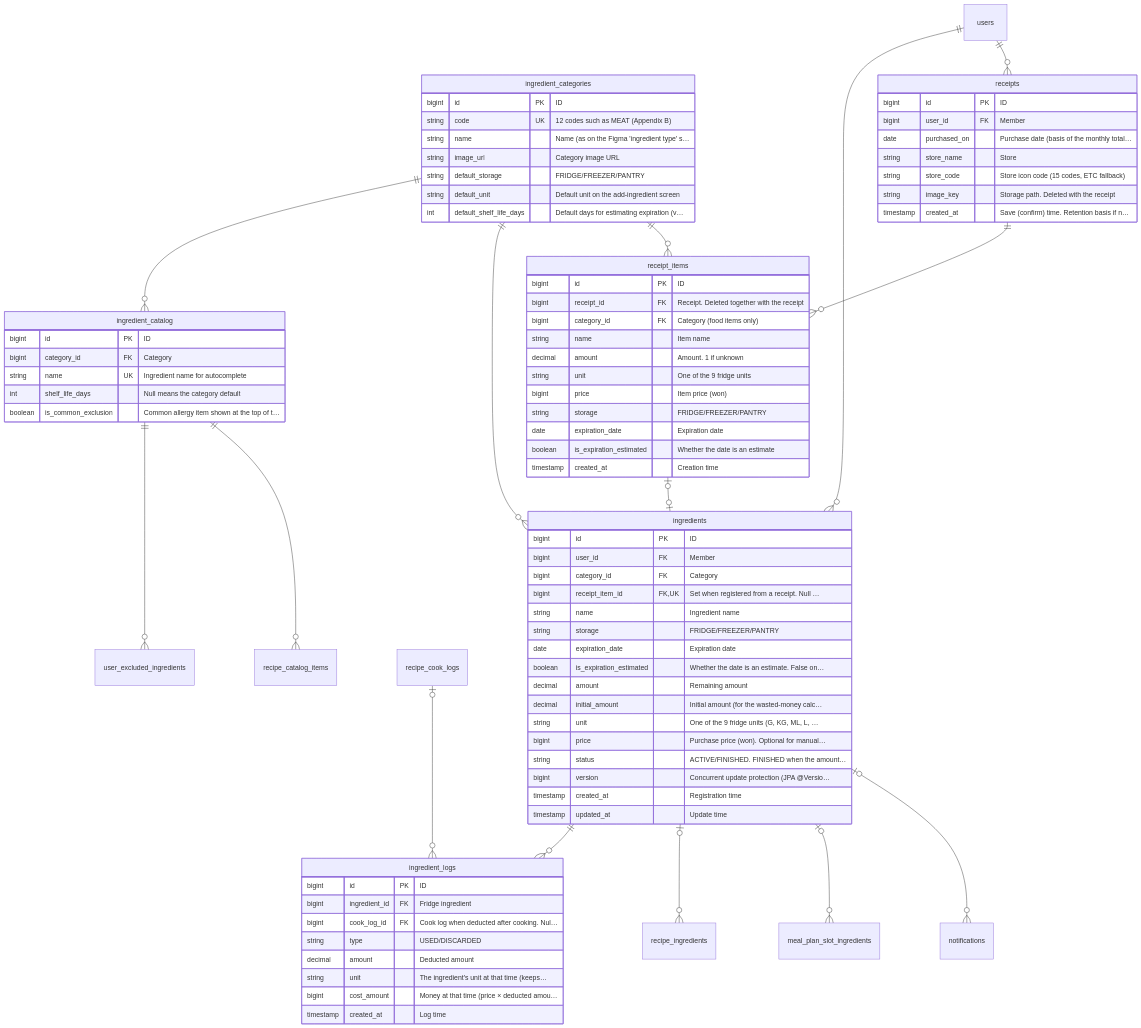
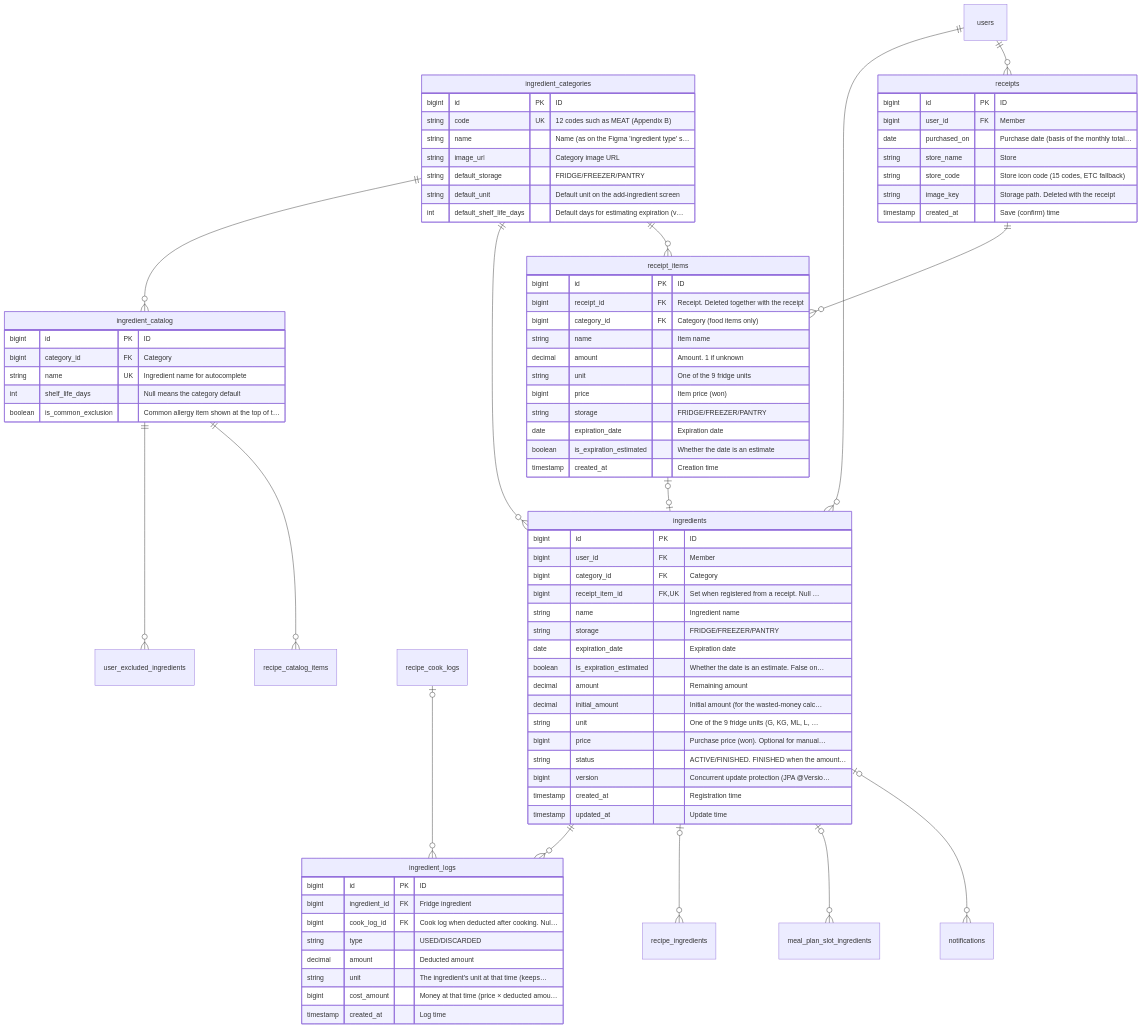
The third of 6 diagrams in docs/agent/erd.md (likelion-backendschool-9th/REMAKE), drawn with Mermaid before and after one commit. The commit also changed 1 other file, not shown here.

Commit message:
docs: 영수증 관계도의 저장 시각 설명 정리
- 영문·한글 Mermaid에서 구매일 누락 시 저장 시각을 보관 기준으로 사용한다는 문구를 제거한다.

```diff
--- a/docs/agent/erd.md
+++ b/docs/agent/erd.md
@@ -240,7 +240,7 @@
     string store_name "Store"
     string store_code "Store icon code (15 codes, ETC fallback)"
     string image_key "Storage path. Deleted with the receipt"
-    timestamp created_at "Save (confirm) time. Retention basis if n…"
+    timestamp created_at "Save (confirm) time"
   }
   receipt_items {
     bigint id PK "ID"
```
